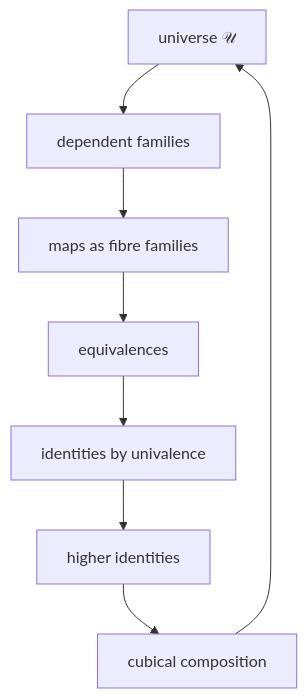
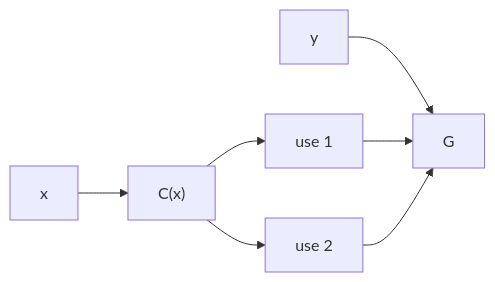
Before and after one commit to avikj/metacircular-interaction-prototype: the first of 3 diagrams in collab/bend2-cubical/BEND_HVM_COMPUTATIONAL_UNIVALENCE.md, drawn with Mermaid. The commit also changed other lines of this file, not shown here.

````diff
--- a/collab/bend2-cubical/BEND_HVM_COMPUTATIONAL_UNIVALENCE.md
+++ b/collab/bend2-cubical/BEND_HVM_COMPUTATIONAL_UNIVALENCE.md
@@ -256,10 +100,9 @@
 ```mermaid
-flowchart TD
-  U["universe 𝒰"] --> F["dependent families"]
-  F --> M["maps as fibre families"]
-  M --> E["equivalences"]
-  E --> P["identities by univalence"]
-  P --> H["higher identities"]
-  H --> C["cubical composition"]
-  C --> U
+flowchart LR
+  X["x"] --> C["C(x)"]
+  C --> U1["use 1"]
+  C --> U2["use 2"]
+  Y["y"] --> G["G"]
+  U1 --> G
+  U2 --> G
 ```
````
